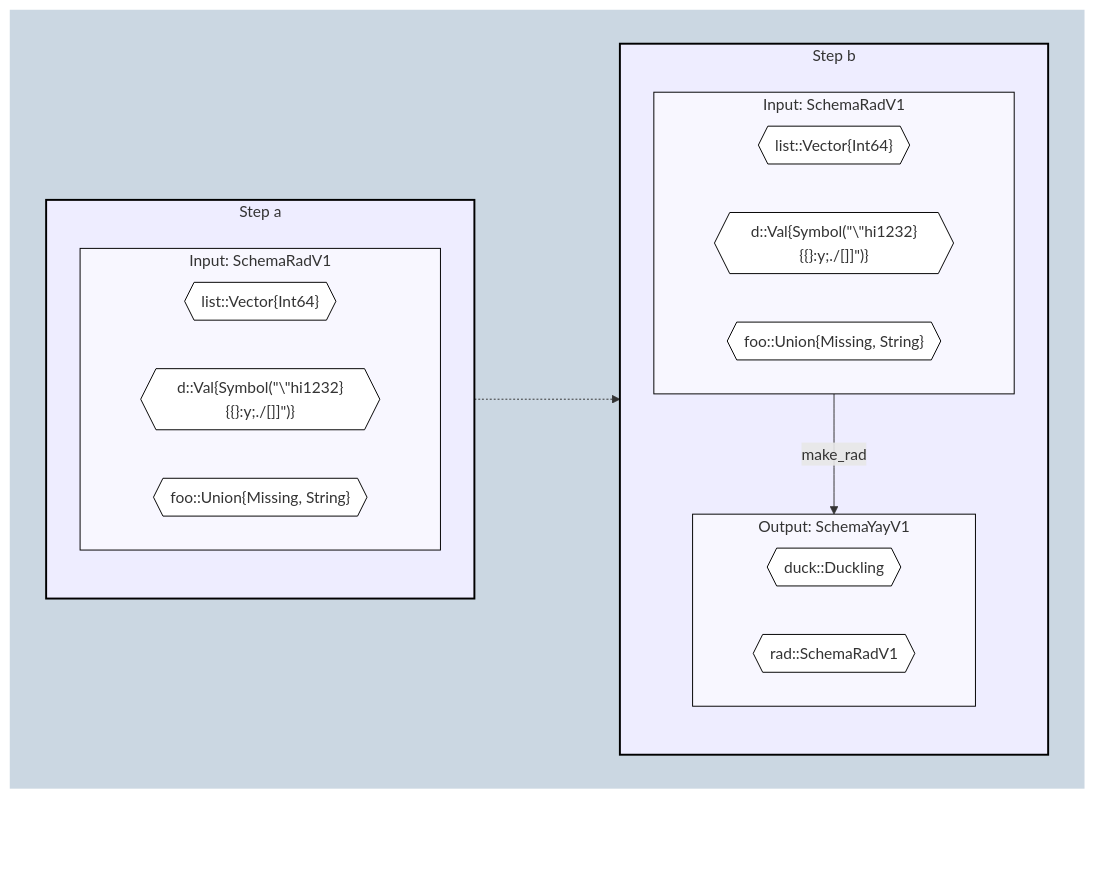
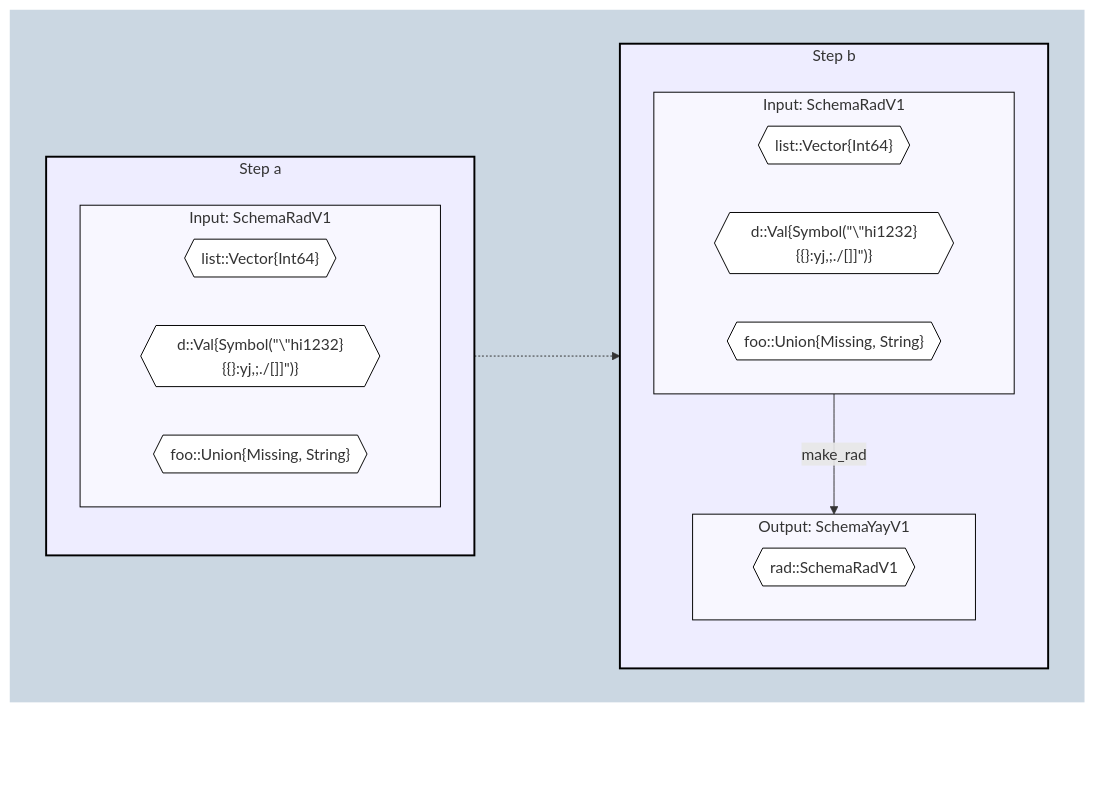
One commit to beacon-biosignals/TransformSpecifications.jl changed the diagram in test/reference_tests/mermaid_legolas.md. Above: the diagram before and after it, drawn with Mermaid. The commit also changed 2 other files, not shown here.

Commit message:
clean-up

````diff
--- a/test/reference_tests/mermaid_legolas.md
+++ b/test/reference_tests/mermaid_legolas.md
@@ -1,52 +1,50 @@
 ```mermaid
 flowchart
 
 %% Define steps (nodes)
 subgraph OUTERLEVEL["` `"]
 direction LR
 subgraph STEP_A["Step a"]
   direction TB
   subgraph STEP_A_InputSchema["Input: SchemaRadV1"]
     direction RL
     STEP_A_InputSchemalist{{"list::Vector{Int64}"}}
     class STEP_A_InputSchemalist classSpecField
-    STEP_A_InputSchemad{{"d::Val{Symbol(#quot;\#quot;hi1232}{{}:y;./[]]#quot;)}"}}
+    STEP_A_InputSchemad{{"d::Val{Symbol(#quot;\#quot;hi1232}{{}:yj,;./[]]#quot;)}"}}
     class STEP_A_InputSchemad classSpecField
     STEP_A_InputSchemafoo{{"foo::Union{Missing, String}"}}
     class STEP_A_InputSchemafoo classSpecField
   end
   class STEP_A_InputSchema classSpec
 end
 subgraph STEP_B["Step b"]
   direction TB
   subgraph STEP_B_InputSchema["Input: SchemaRadV1"]
     direction RL
     STEP_B_InputSchemalist{{"list::Vector{Int64}"}}
     class STEP_B_InputSchemalist classSpecField
-    STEP_B_InputSchemad{{"d::Val{Symbol(#quot;\#quot;hi1232}{{}:y;./[]]#quot;)}"}}
+    STEP_B_InputSchemad{{"d::Val{Symbol(#quot;\#quot;hi1232}{{}:yj,;./[]]#quot;)}"}}
     class STEP_B_InputSchemad classSpecField
     STEP_B_InputSchemafoo{{"foo::Union{Missing, String}"}}
     class STEP_B_InputSchemafoo classSpecField
   end
   subgraph STEP_B_OutputSchema["Output: SchemaYayV1"]
     direction RL
-    STEP_B_OutputSchemaduck{{"duck::Duckling"}}
-    class STEP_B_OutputSchemaduck classSpecField
     STEP_B_OutputSchemarad{{"rad::SchemaRadV1"}}
     class STEP_B_OutputSchemarad classSpecField
   end
   STEP_B_InputSchema:::classSpec -- make_rad --> STEP_B_OutputSchema:::classSpec
 end
 
 %% Link steps (edges)
 STEP_A:::classStep -..-> STEP_B:::classStep
 
 end
 OUTERLEVEL:::classOuter ~~~ OUTERLEVEL:::classOuter
 
 %% Styling definitions
 classDef classOuter fill:#cbd7e2,stroke:#000,stroke-width:0px;
 classDef classStep fill:#eeedff,stroke:#000,stroke-width:2px;
 classDef classSpec fill:#f8f7ff,stroke:#000,stroke-width:1px;
 classDef classSpecField fill:#fff,stroke:#000,stroke-width:1px;
 ```
````
